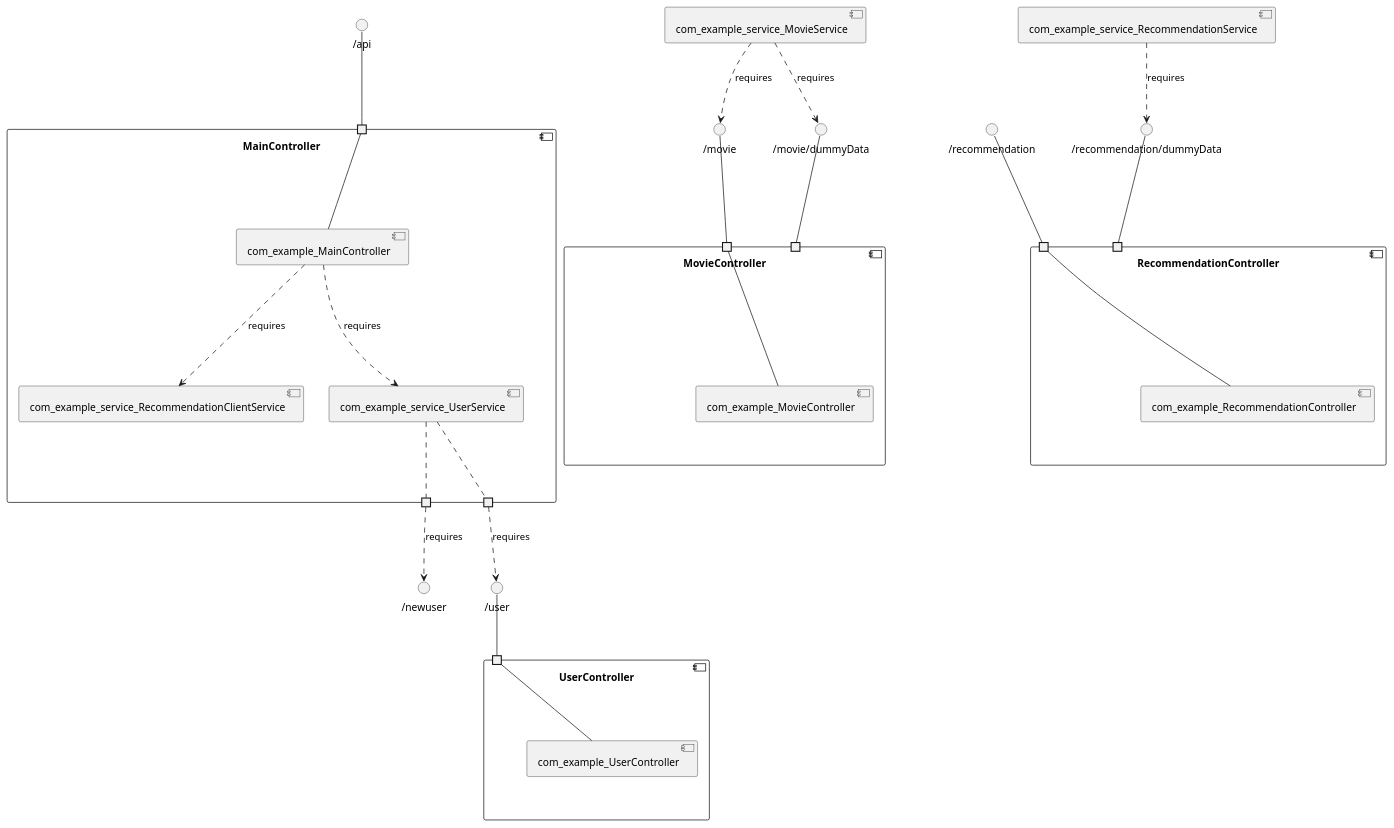
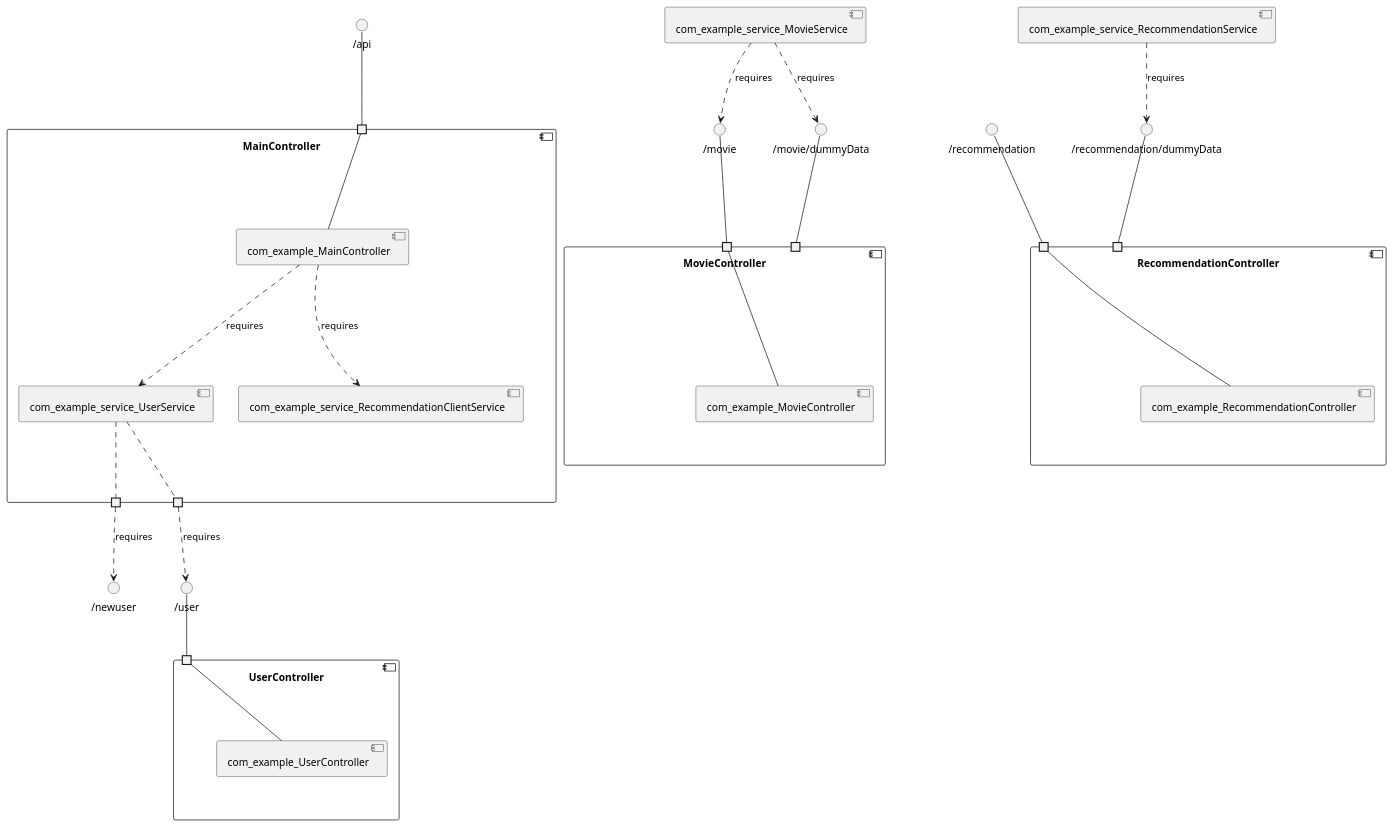
The diagram in spring-cloud-movie-recommendation/model_re/uml/componentDiagram.puml (View-Based-Reverse-Engineering/Retriever-Benchmark), drawn with PlantUML before and after one commit. The commit also changed other lines of this file and 165 other files, not shown here.

```diff
--- a/spring-cloud-movie-recommendation/model_re/uml/componentDiagram.puml
+++ b/spring-cloud-movie-recommendation/model_re/uml/componentDiagram.puml
@@ -1,56 +1,56 @@
 @startuml
 skinparam fixCircleLabelOverlapping true
 component "MainController\n\n\n\n\n\n" {
+[com_example_service_RecommendationClientService]
 [com_example_service_UserService]
 [com_example_MainController]
-[com_example_service_RecommendationClientService]
 portin " " as MainController.requires._api
 portout " " as MainController.provides._newuser
 portout " " as MainController.provides._user
+[com_example_MainController]..>[com_example_service_UserService] : requires
 [com_example_MainController]..>[com_example_service_RecommendationClientService] : requires
-[com_example_MainController]..>[com_example_service_UserService] : requires
 "MainController.requires._api"--[com_example_MainController]
 [com_example_service_UserService].."MainController.provides._user"
 [com_example_service_UserService].."MainController.provides._newuser"
 }
 interface "/api" as interface._api
 interface._api--"MainController.requires._api"
 interface "/user" as interface._user
 "MainController.provides._user"..>interface._user : requires
 interface "/newuser" as interface._newuser
 "MainController.provides._newuser"..>interface._newuser : requires
 component "MovieController\n\n\n\n\n\n" {
 [com_example_MovieController]
 portin " " as MovieController.requires._movie_dummyData
 portin " " as MovieController.requires._movie
 "MovieController.requires._movie"--[com_example_MovieController]
 }
 interface "/movie" as interface._movie
 interface._movie--"MovieController.requires._movie"
 interface "/movie/dummyData" as interface._movie_dummyData
 interface._movie_dummyData--"MovieController.requires._movie_dummyData"
 component "RecommendationController\n\n\n\n\n\n" {
 [com_example_RecommendationController]
 portin " " as RecommendationController.requires._recommendation_dummyData
 portin " " as RecommendationController.requires._recommendation
 "RecommendationController.requires._recommendation"--[com_example_RecommendationController]
 }
 interface "/recommendation" as interface._recommendation
 interface._recommendation--"RecommendationController.requires._recommendation"
 interface "/recommendation/dummyData" as interface._recommendation_dummyData
 interface._recommendation_dummyData--"RecommendationController.requires._recommendation_dummyData"
 component "UserController\n\n\n\n\n\n" {
 [com_example_UserController]
 portin " " as UserController.requires._user
 "UserController.requires._user"--[com_example_UserController]
 }
 interface "/user" as interface._user
 interface._user--"UserController.requires._user"
 interface "/movie" as interface._movie
 [com_example_service_MovieService]..>interface._movie : requires
 interface "/movie/dummyData" as interface._movie_dummyData
 [com_example_service_MovieService]..>interface._movie_dummyData : requires
 interface "/recommendation/dummyData" as interface._recommendation_dummyData
 [com_example_service_RecommendationService]..>interface._recommendation_dummyData : requires
 
 @enduml
```
